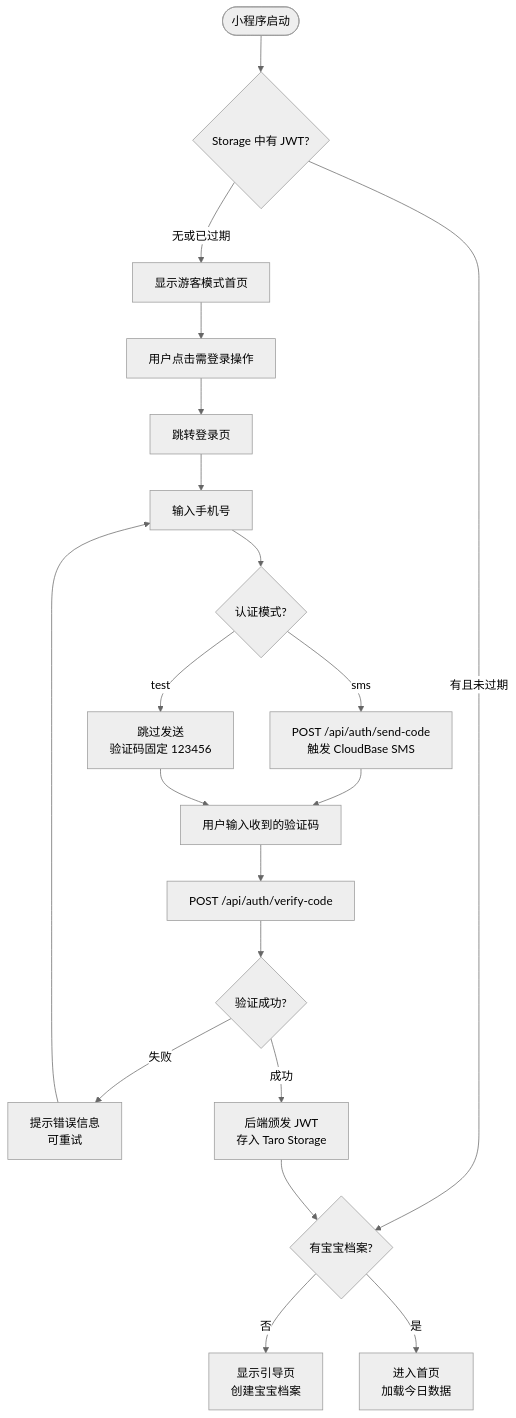
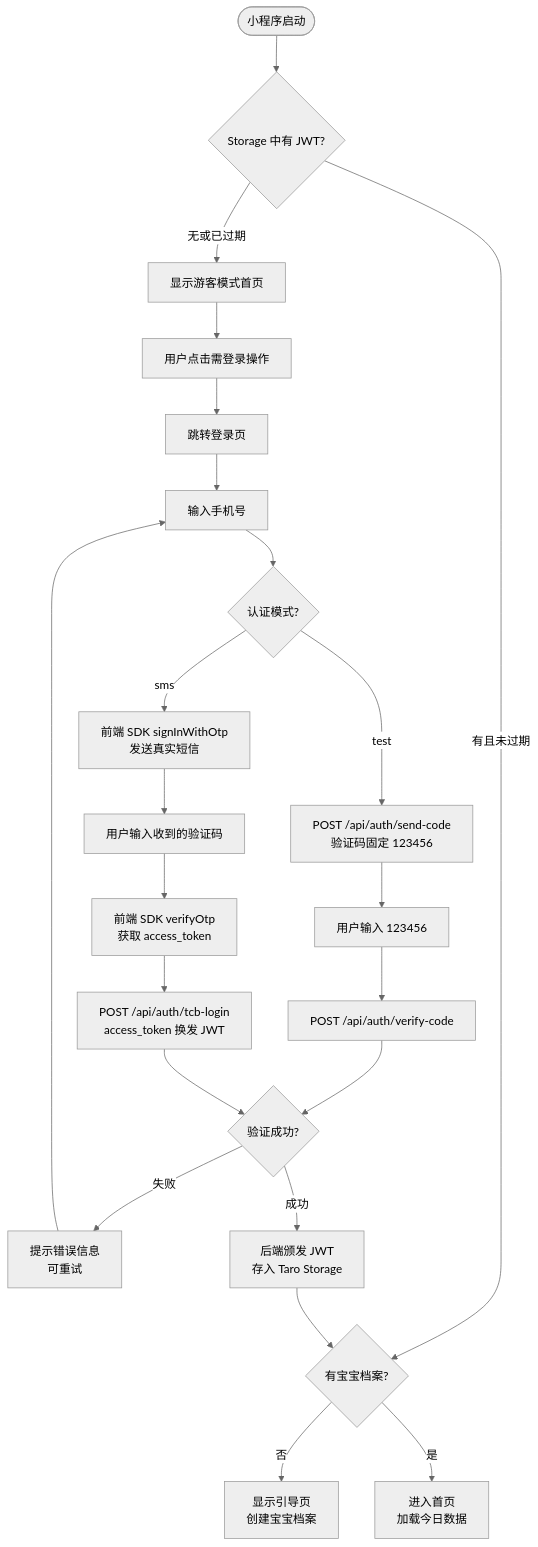
One commit to BingBlog/minicare changed the diagram in docs/features/F01-auth.md. Above: the diagram before and after it, drawn with Mermaid (neutral theme). The commit also changed other lines of this file and 104 other files, not shown here.

````diff
--- a/docs/features/F01-auth.md
+++ b/docs/features/F01-auth.md
@@ -33,22 +33,25 @@
 ```mermaid
 flowchart TD
     A([小程序启动]) --> B{Storage 中有 JWT?}
     B -- 有且未过期 --> C{有宝宝档案?}
     B -- 无或已过期 --> D[显示游客模式首页]
     D --> E[用户点击需登录操作]
     E --> F[跳转登录页]
     F --> G[输入手机号]
     G --> H{认证模式?}
-    H -- sms --> I[POST /api/auth/send-code<br/>触发 CloudBase SMS]
-    H -- test --> J[跳过发送<br/>验证码固定 123456]
+    H -- sms --> I[前端 SDK signInWithOtp<br/>发送真实短信]
+    H -- test --> J[POST /api/auth/send-code<br/>验证码固定 123456]
     I --> K[用户输入收到的验证码]
-    J --> K
-    K --> L[POST /api/auth/verify-code]
-    L --> M{验证成功?}
+    J --> K1[用户输入 123456]
+    K --> L1[前端 SDK verifyOtp<br/>获取 access_token]
+    K1 --> L2[POST /api/auth/verify-code]
+    L1 --> L3[POST /api/auth/tcb-login<br/>access_token 换发 JWT]
+    L2 --> M{验证成功?}
+    L3 --> M
     M -- 失败 --> N[提示错误信息<br/>可重试]
     N --> G
     M -- 成功 --> O[后端颁发 JWT<br/>存入 Taro Storage]
     O --> C
     C -- 否 --> P[显示引导页<br/>创建宝宝档案]
     C -- 是 --> Q[进入首页<br/>加载今日数据]
 ```
````
